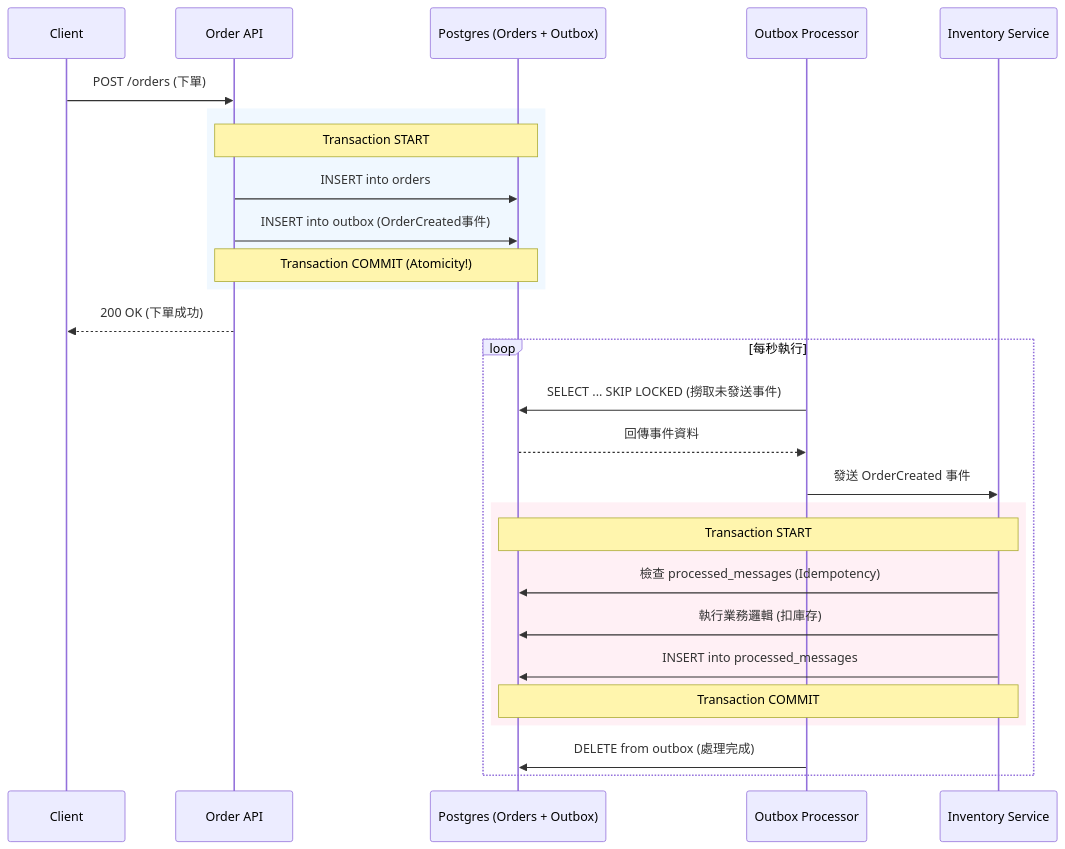
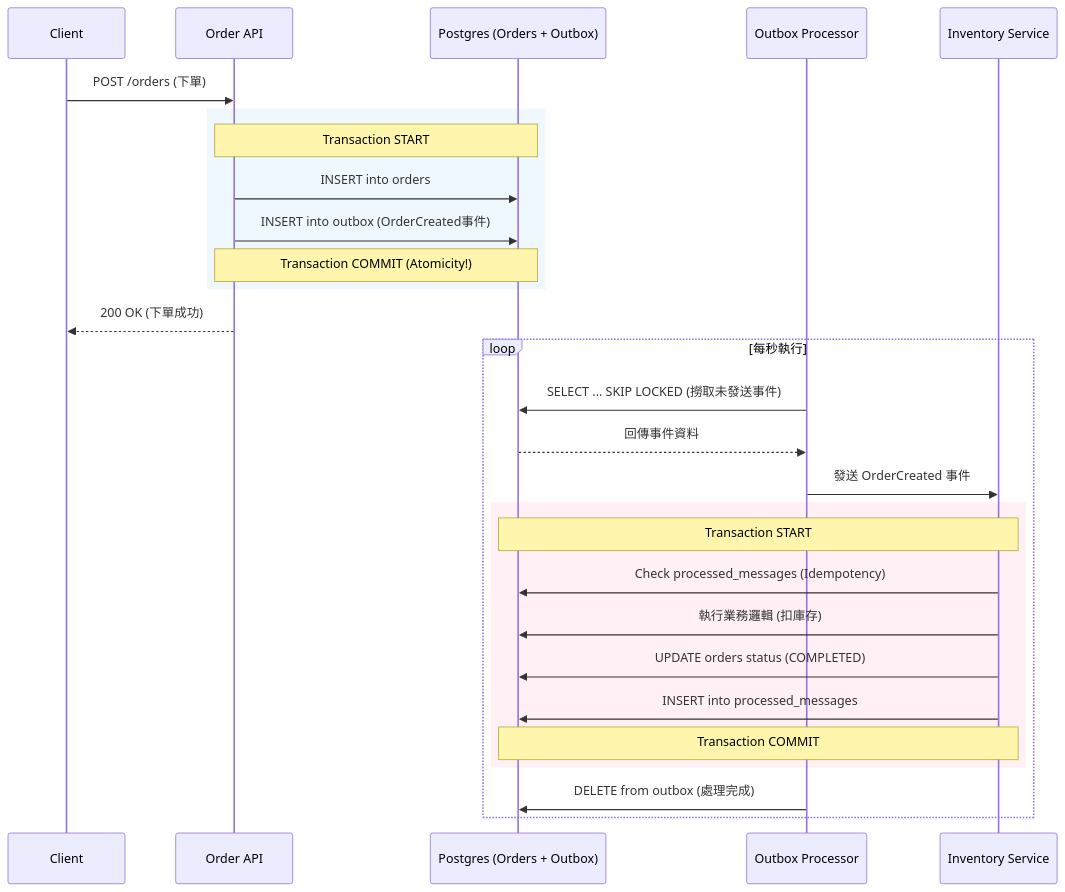
Before and after one commit to AbinterDon/transation-outbox-pattern: the diagram in README_zh.md, drawn with Mermaid. The commit also changed 1 other file, not shown here.

Commit message:
Update sequence diagrams to reflect order status sync

````diff
--- a/README_zh.md
+++ b/README_zh.md
@@ -9,31 +9,32 @@
 ```mermaid
 sequenceDiagram
     participant Client
     participant API as Order API
     participant DB as Postgres (Orders + Outbox)
     participant Worker as Outbox Processor
     participant Consumer as Inventory Service
 
     Client->>API: POST /orders (下單)
     rect rgb(240, 248, 255)
     Note over API, DB: Transaction START
     API->>DB: INSERT into orders
     API->>DB: INSERT into outbox (OrderCreated事件)
     Note over API, DB: Transaction COMMIT (Atomicity!)
     end
     API-->>Client: 200 OK (下單成功)
 
     loop 每秒執行
         Worker->>DB: SELECT ... SKIP LOCKED (撈取未發送事件)
         DB-->>Worker: 回傳事件資料
         Worker->>Consumer: 發送 OrderCreated 事件
         rect rgb(255, 240, 245)
         Note over Consumer, DB: Transaction START
-        Consumer->>DB: 檢查 processed_messages (Idempotency)
+        Consumer->>DB: Check processed_messages (Idempotency)
         Consumer->>DB: 執行業務邏輯 (扣庫存)
+        Consumer->>DB: UPDATE orders status (COMPLETED)
         Consumer->>DB: INSERT into processed_messages
         Note over Consumer, DB: Transaction COMMIT
         end
         Worker->>DB: DELETE from outbox (處理完成)
     end
 ```
````
